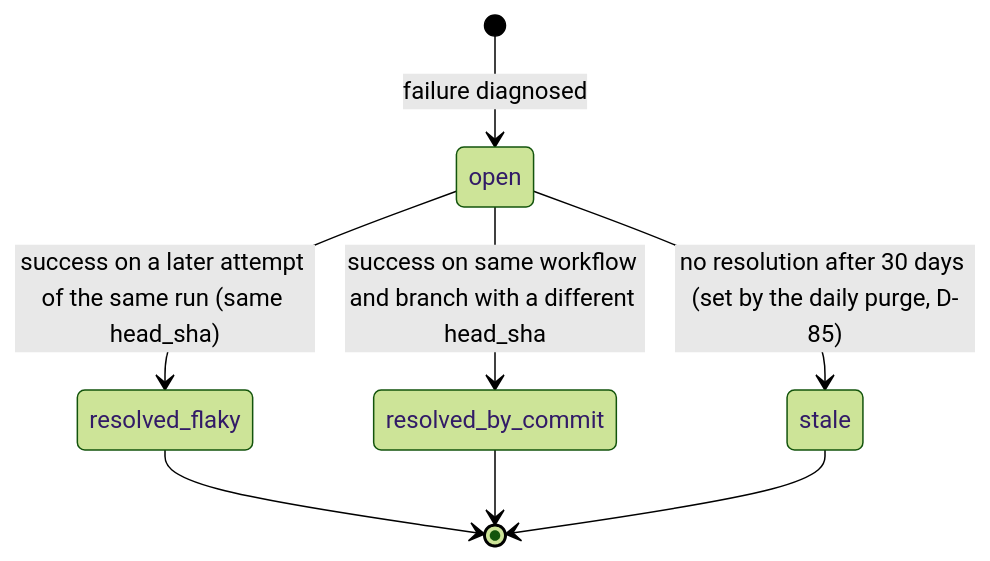
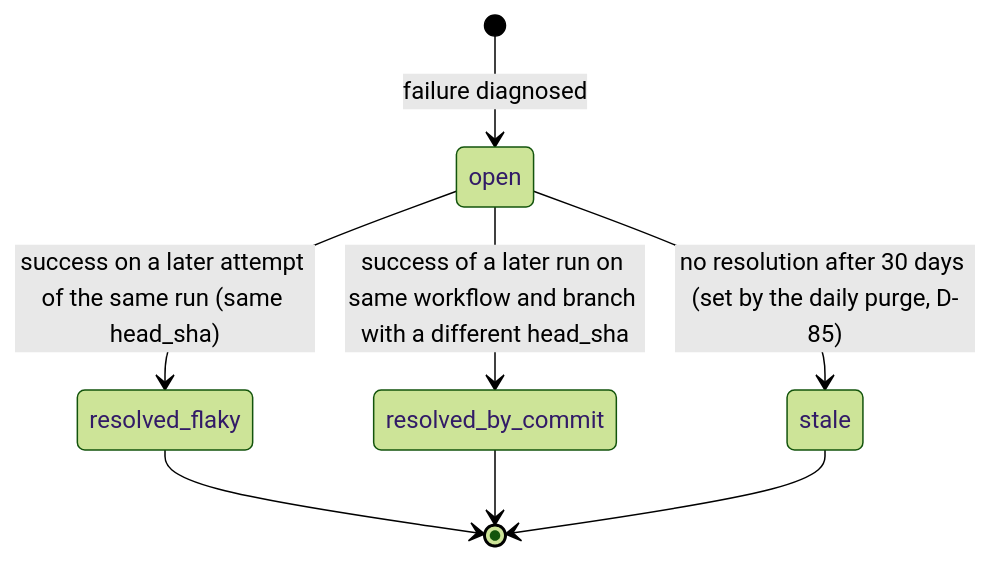
One commit to dalmirosf/cicd-doctor changed the third of 3 diagrams in SPEC.md. Above: the diagram before and after it, drawn with Mermaid (forest theme). The commit also changed other lines of this file and 13 other files, not shown here.

````diff
--- a/SPEC.md
+++ b/SPEC.md
@@ -761,10 +768,10 @@
 ```mermaid
 stateDiagram-v2
     [*] --> open: failure diagnosed
     open --> resolved_flaky: success on a later attempt of the same run (same head_sha)
-    open --> resolved_by_commit: success on same workflow and branch with a different head_sha
+    open --> resolved_by_commit: success of a later run on same workflow and branch with a different head_sha
     open --> stale: no resolution after 30 days (set by the daily purge, D-85)
     resolved_flaky --> [*]
     resolved_by_commit --> [*]
     stale --> [*]
 ```
````
